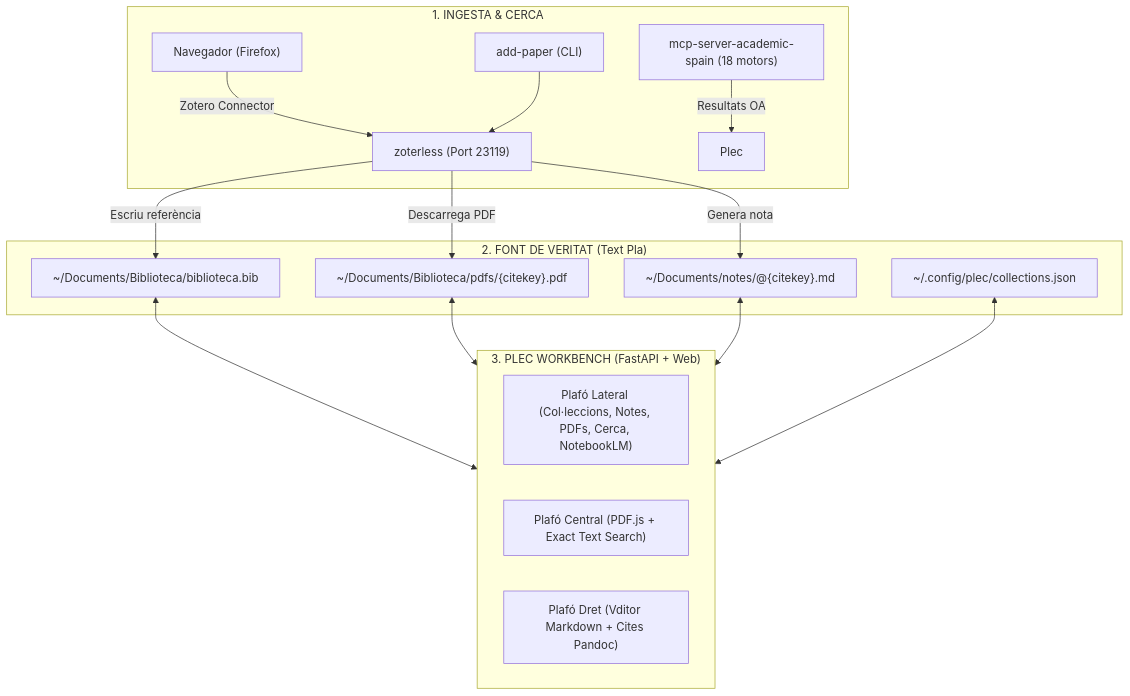
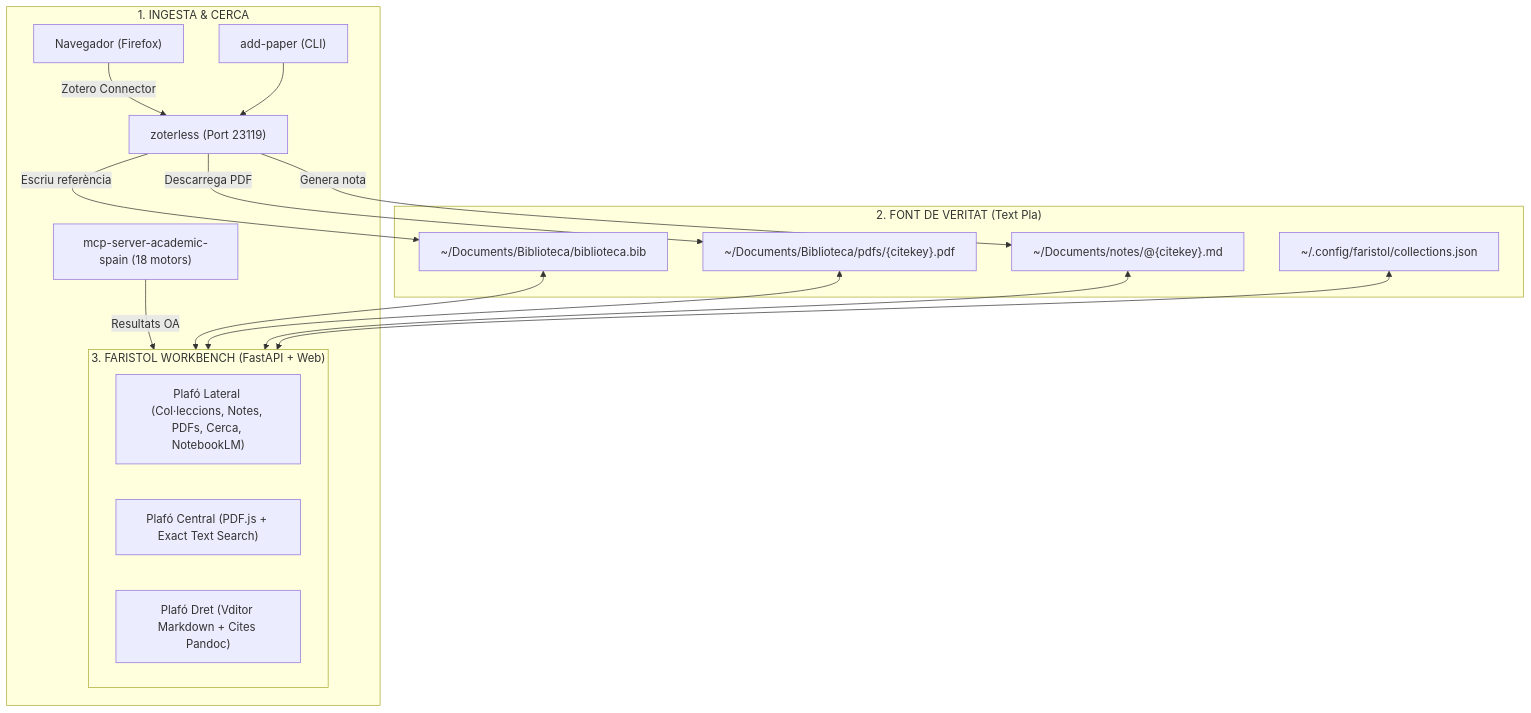
Before and after one commit to CasimirVictoria/faristol: the diagram in README.md, drawn with Mermaid. The commit also changed other lines of this file and 959 other files, not shown here.

Commit message:
feat: rebrand plec to faristol (reading & annotation workbench)

````diff
--- a/README.md
+++ b/README.md
@@ -55,30 +55,30 @@
 ```mermaid
 flowchart TD
     subgraph Fonts ["1. INGESTA & CERCA"]
         Web["Navegador (Firefox)"] -->|Zotero Connector| ZL["zoterless (Port 23119)"]
         CLI["add-paper (CLI)"] --> ZL
-        AS["mcp-server-academic-spain (18 motors)"] -->|Resultats OA| Plec
+        AS["mcp-server-academic-spain (18 motors)"] -->|Resultats OA| FaristolApp
     end
 
     subgraph Storage ["2. FONT DE VERITAT (Text Pla)"]
         Bib["~/Documents/Biblioteca/biblioteca.bib"]
         PDFs["~/Documents/Biblioteca/pdfs/{citekey}.pdf"]
         Notes["~/Documents/notes/@{citekey}.md"]
-        Colls["~/.config/plec/collections.json"]
+        Colls["~/.config/faristol/collections.json"]
     end
 
-    subgraph PlecApp ["3. PLEC WORKBENCH (FastAPI + Web)"]
+    subgraph FaristolApp ["3. FARISTOL WORKBENCH (FastAPI + Web)"]
         Sidebar["Plafó Lateral (Col·leccions, Notes, PDFs, Cerca, NotebookLM)"]
         Viewer["Plafó Central (PDF.js + Exact Text Search)"]
         Editor["Plafó Dret (Vditor Markdown + Cites Pandoc)"]
     end
 
     ZL -->|Escriu referència| Bib
     ZL -->|Descarrega PDF| PDFs
     ZL -->|Genera nota| Notes
 
-    Bib <--> PlecApp
-    PDFs <--> PlecApp
-    Notes <--> PlecApp
-    Colls <--> PlecApp
+    Bib <--> FaristolApp
+    PDFs <--> FaristolApp
+    Notes <--> FaristolApp
+    Colls <--> FaristolApp
 ```
````
